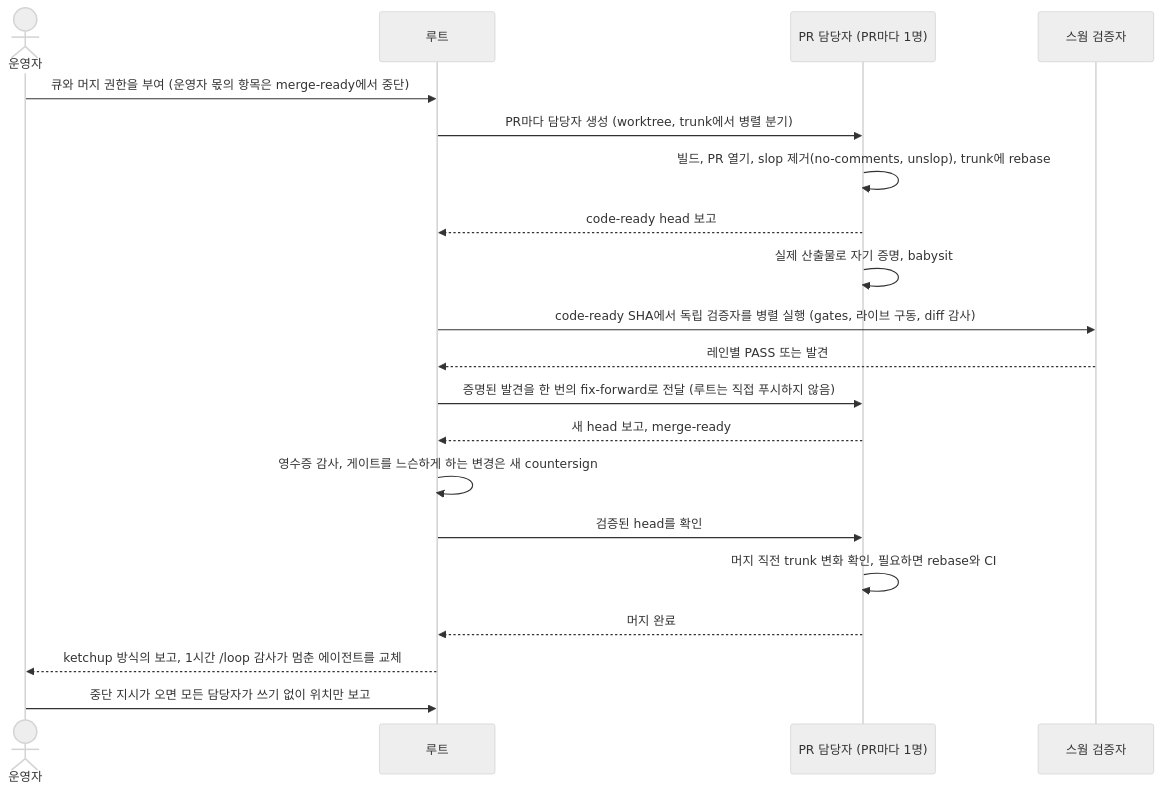
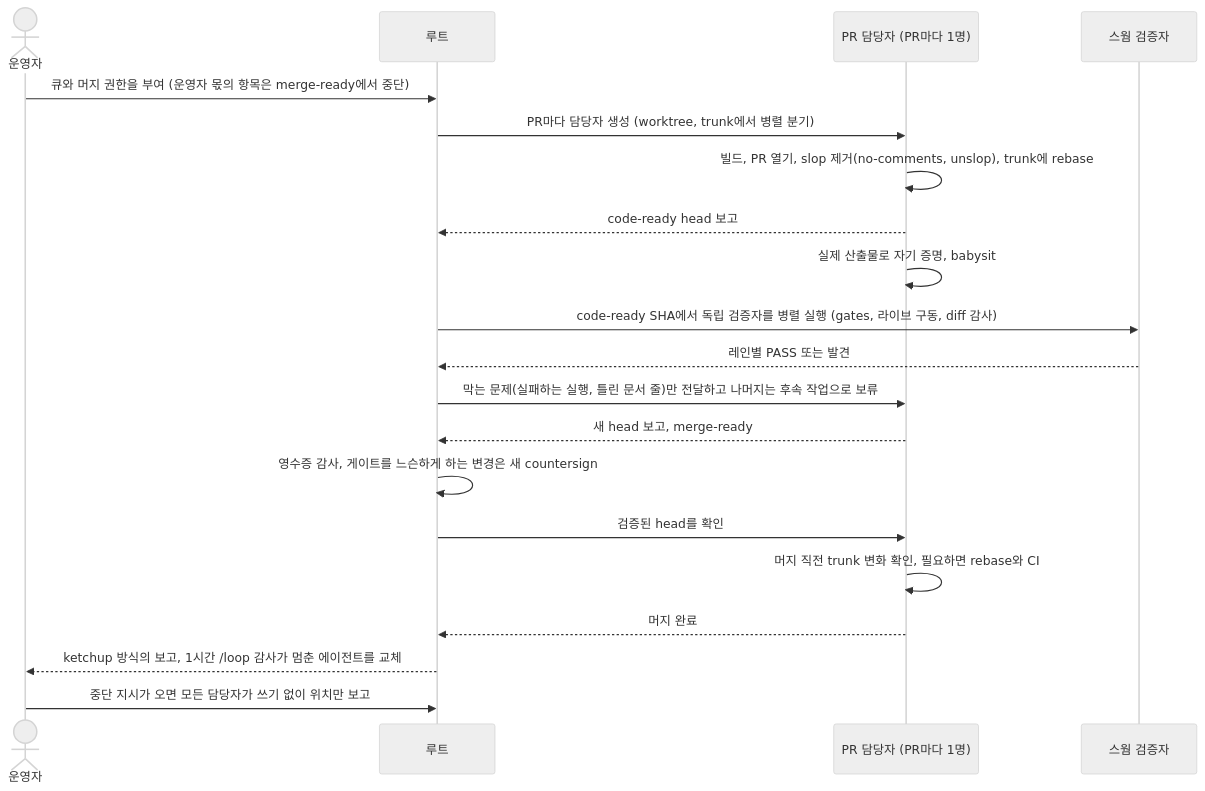
Before and after one commit to Mineru98/mstack: diagram 51 of 57 in README.md, drawn with Mermaid (neutral theme). The commit also changed other lines of this file and 444 other files, not shown here.

````diff
--- a/README.md
+++ b/README.md
@@ -1364,23 +1369,23 @@
 ```mermaid
 sequenceDiagram
     actor Op as 운영자
     participant R as 루트
     participant O as PR 담당자 (PR마다 1명)
     participant W as 스웜 검증자
 
     Op->>R: 큐와 머지 권한을 부여 (운영자 몫의 항목은 merge-ready에서 중단)
     R->>O: PR마다 담당자 생성 (worktree, trunk에서 병렬 분기)
     O->>O: 빌드, PR 열기, slop 제거(no-comments, unslop), trunk에 rebase
     O-->>R: code-ready head 보고
     O->>O: 실제 산출물로 자기 증명, babysit
     R->>W: code-ready SHA에서 독립 검증자를 병렬 실행 (gates, 라이브 구동, diff 감사)
     W-->>R: 레인별 PASS 또는 발견
-    R->>O: 증명된 발견을 한 번의 fix-forward로 전달 (루트는 직접 푸시하지 않음)
+    R->>O: 막는 문제(실패하는 실행, 틀린 문서 줄)만 전달하고 나머지는 후속 작업으로 보류
     O-->>R: 새 head 보고, merge-ready
     R->>R: 영수증 감사, 게이트를 느슨하게 하는 변경은 새 countersign
     R->>O: 검증된 head를 확인
     O->>O: 머지 직전 trunk 변화 확인, 필요하면 rebase와 CI
     O-->>R: 머지 완료
     R-->>Op: ketchup 방식의 보고, 1시간 /loop 감사가 멈춘 에이전트를 교체
     Op->>R: 중단 지시가 오면 모든 담당자가 쓰기 없이 위치만 보고
 ```
````
